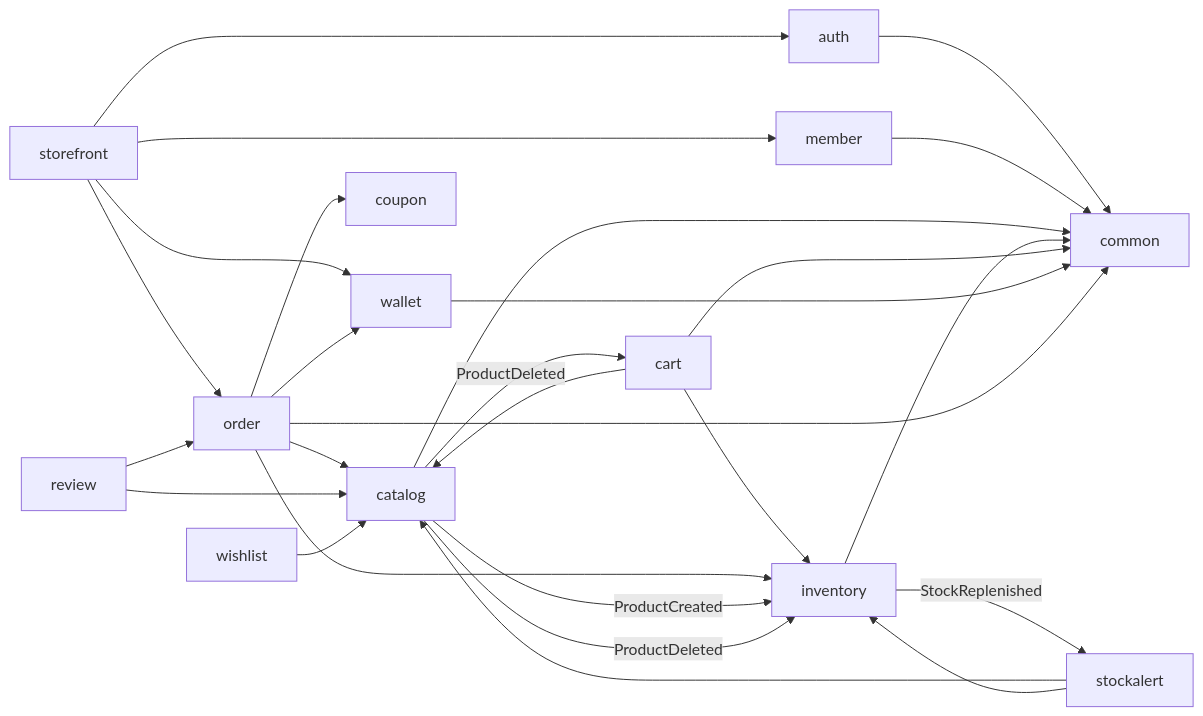
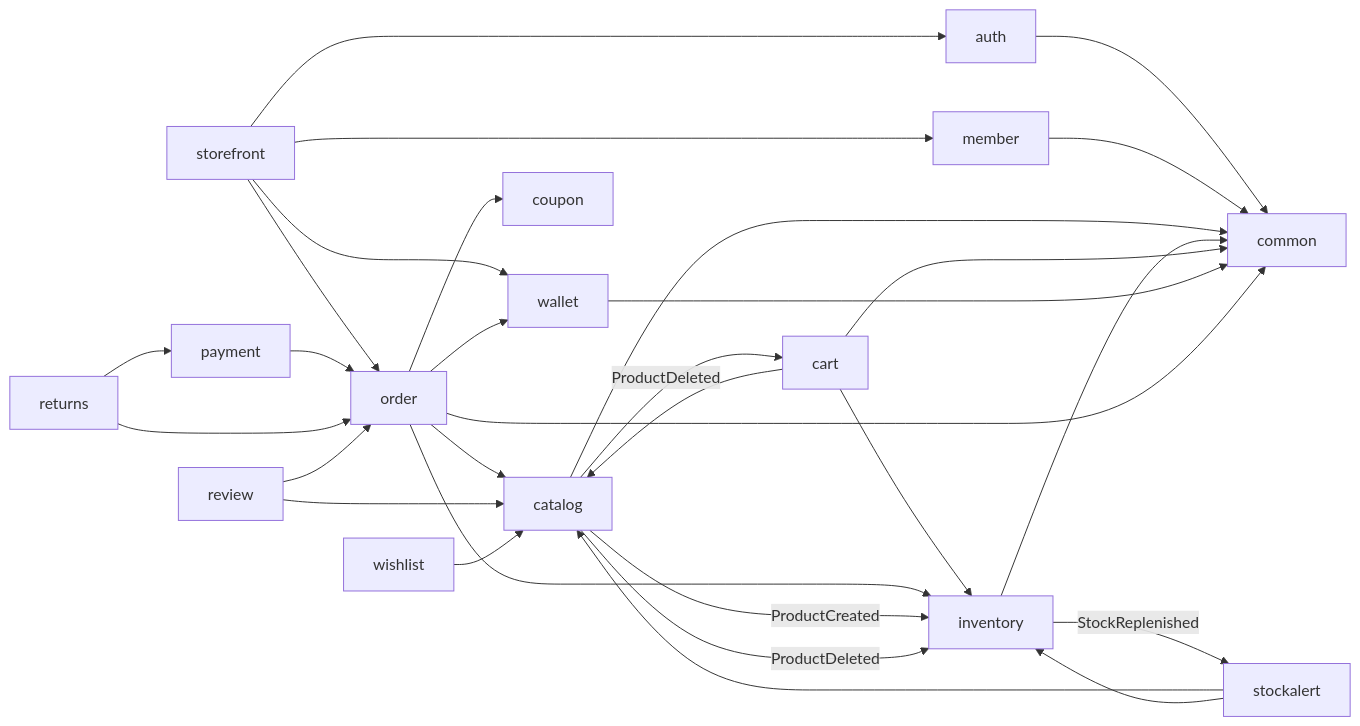
Before and after one commit to xixvivji/SKALA-shop-api: the first of 2 diagrams in docs/architecture.md, drawn with Mermaid. The commit also changed other lines of this file and 10 other files, not shown here.

````diff
--- a/docs/architecture.md
+++ b/docs/architecture.md
@@ -68,29 +68,32 @@
 ```mermaid
 flowchart LR
     SF[storefront] --> A[auth]
     SF --> M[member]
     SF --> W[wallet]
     SF --> O[order]
     C[cart] --> CA[catalog]
     C --> I[inventory]
     O --> CA
     O --> I
     O --> W
     O --> CP[coupon]
+    P[payment] --> O
+    RT[returns] --> O
+    RT --> P
     RV[review] --> O
     RV --> CA
     WL[wishlist] --> CA
     SA[stockalert] --> CA
     SA --> I
     I -->|StockReplenished| SA
     CA -->|ProductCreated| I
     CA -->|ProductDeleted| I
     CA -->|ProductDeleted| C
     A --> CO[common]
     M --> CO
     CA --> CO
     I --> CO
     C --> CO
     W --> CO
     O --> CO
 ```
````
